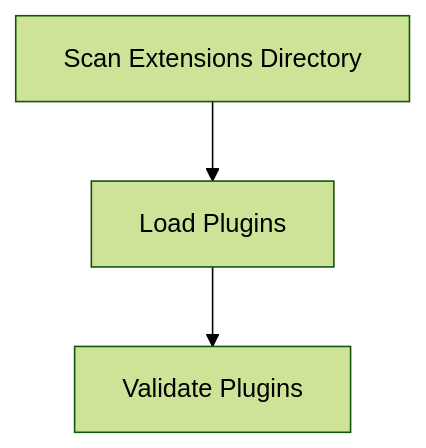
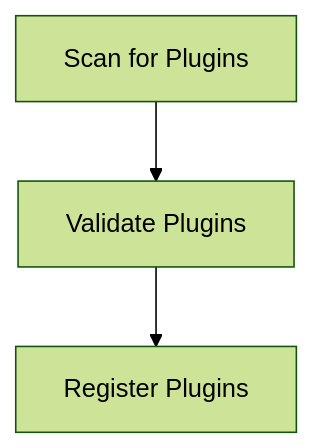
The diagram in docs/workflows/plugin-discovery.md (mmethodz/dreamgraph), drawn with Mermaid (forest theme) before and after one commit. The commit also changed other lines of this file and 238 other files, not shown here.

````diff
--- a/docs/workflows/plugin-discovery.md
+++ b/docs/workflows/plugin-discovery.md
@@ -10,8 +10,8 @@
 ```mermaid
 flowchart TD
-    S1["Scan Extensions Directory"]
-    S2["Load Plugins"]
+    S1["Scan for Plugins"]
+    S2["Validate Plugins"]
     S1 --> S2
-    S3["Validate Plugins"]
+    S3["Register Plugins"]
     S2 --> S3
 ```
````
